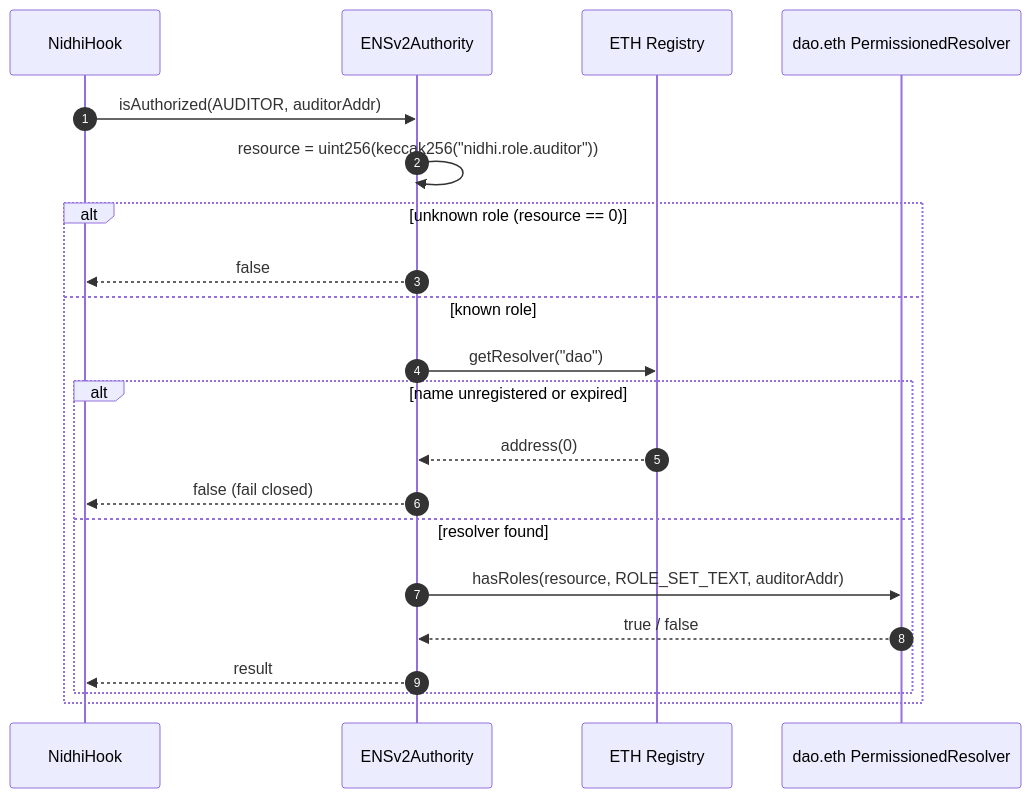
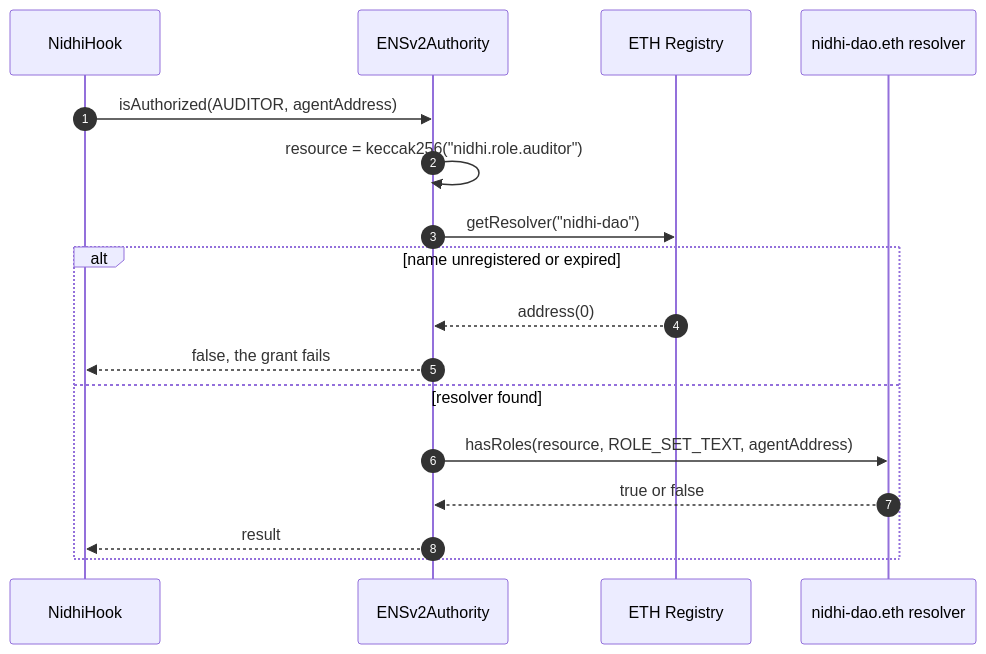
One commit to neevmodh/nidhi changed the second of 6 diagrams in docs/architecture/01-ens.md. Above: the diagram before and after it, drawn with Mermaid. The commit also changed other lines of this file and 5 other files, not shown here.

````diff
--- a/docs/architecture/01-ens.md
+++ b/docs/architecture/01-ens.md
@@ -48,24 +72,20 @@
 ```mermaid
 sequenceDiagram
   autonumber
   participant H as NidhiHook
   participant A as ENSv2Authority
   participant R as ETH Registry
-  participant P as dao.eth PermissionedResolver
+  participant P as nidhi-dao.eth resolver
 
-  H->>A: isAuthorized(AUDITOR, auditorAddr)
-  A->>A: resource = uint256(keccak256("nidhi.role.auditor"))
-  alt unknown role (resource == 0)
-    A-->>H: false
-  else known role
-    A->>R: getResolver("dao")
-    alt name unregistered or expired
-      R-->>A: address(0)
-      A-->>H: false (fail closed)
-    else resolver found
-      A->>P: hasRoles(resource, ROLE_SET_TEXT, auditorAddr)
-      P-->>A: true / false
-      A-->>H: result
-    end
+  H->>A: isAuthorized(AUDITOR, agentAddress)
+  A->>A: resource = keccak256("nidhi.role.auditor")
+  A->>R: getResolver("nidhi-dao")
+  alt name unregistered or expired
+    R-->>A: address(0)
+    A-->>H: false, the grant fails
+  else resolver found
+    A->>P: hasRoles(resource, ROLE_SET_TEXT, agentAddress)
+    P-->>A: true or false
+    A-->>H: result
   end
 ```
````
